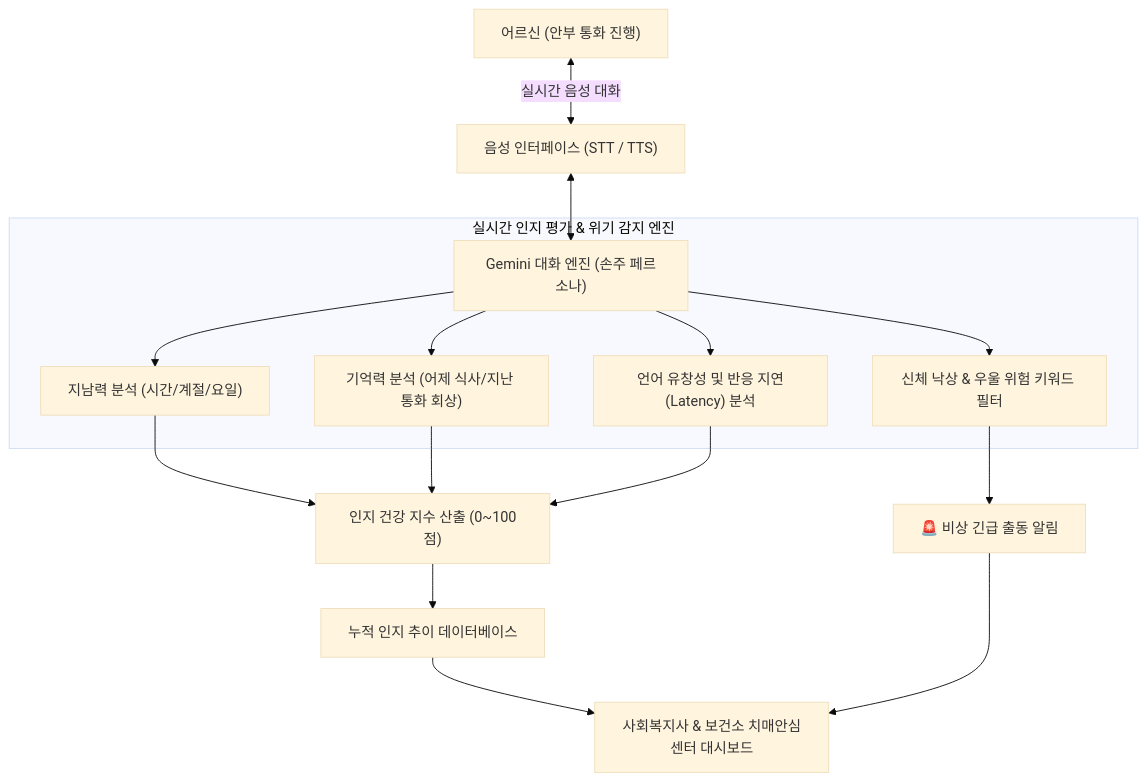
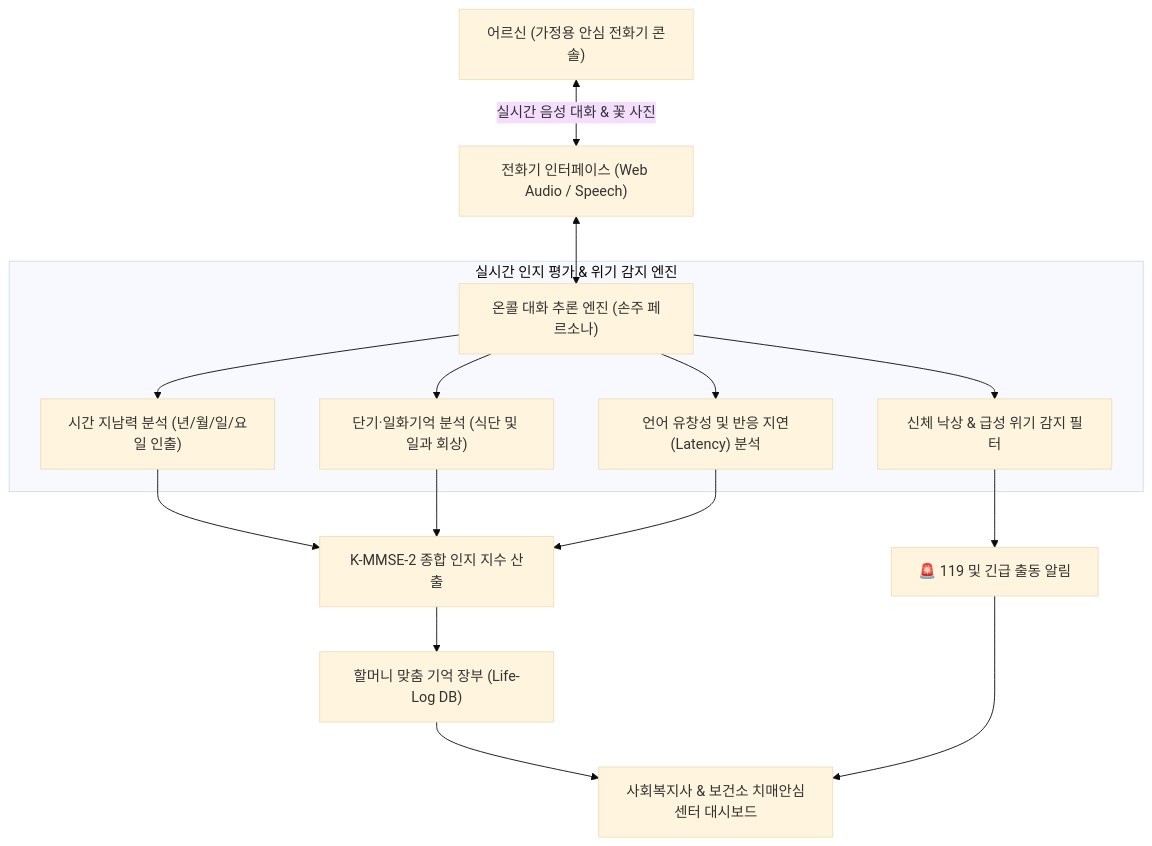
One commit to iscream2124/warm-call-ai changed the diagram in README.md. Above: the diagram before and after it, drawn with Mermaid (base theme). The commit also changed other lines of this file, not shown here.

````diff
--- a/README.md
+++ b/README.md
@@ -27,18 +27,18 @@
 ```mermaid
 flowchart TD
-    Senior["어르신 (안부 통화 진행)"] <-->|실시간 음성 대화| AudioEngine["음성 인터페이스 (STT / TTS)"]
-    AudioEngine <--> LLM["Gemini 대화 엔진 (손주 페르소나)"]
+    Senior["어르신 (가정용 안심 전화기 콘솔)"] <-->|실시간 음성 대화 & 꽃 사진| AudioConsole["전화기 인터페이스 (Web Audio / Speech)"]
+    AudioConsole <--> VoiceEngine["온콜 대화 추론 엔진 (손주 페르소나)"]
     
     subgraph CognitiveAndSafety ["실시간 인지 평가 & 위기 감지 엔진"]
-        LLM --> Orientation["지남력 분석 (시간/계절/요일)"]
-        LLM --> MemoryRecall["기억력 분석 (어제 식사/지난 통화 회상)"]
-        LLM --> Fluency["언어 유창성 및 반응 지연(Latency) 분석"]
-        LLM --> RiskFilter["신체 낙상 & 우울 위험 키워드 필터"]
+        VoiceEngine --> Orientation["시간 지남력 분석 (년/월/일/요일 인출)"]
+        VoiceEngine --> MemoryRecall["단기·일화기억 분석 (식단 및 일과 회상)"]
+        VoiceEngine --> Fluency["언어 유창성 및 반응 지연(Latency) 분석"]
+        VoiceEngine --> RiskFilter["신체 낙상 & 급성 위기 감지 필터"]
     end
     
-    Orientation & MemoryRecall & Fluency --> ScoreEngine["인지 건강 지수 산출 (0~100점)"]
-    ScoreEngine --> TrendDB["누적 인지 추이 데이터베이스"]
-    RiskFilter --> UrgentAlert["🚨 비상 긴급 출동 알림"]
+    Orientation & MemoryRecall & Fluency --> ScoreEngine["K-MMSE-2 종합 인지 지수 산출"]
+    ScoreEngine --> LifeLogDB["할머니 맞춤 기억 장부 (Life-Log DB)"]
+    RiskFilter --> UrgentAlert["🚨 119 및 긴급 출동 알림"]
     
-    TrendDB & UrgentAlert --> Dashboard["사회복지사 & 보건소 치매안심센터 대시보드"]
+    LifeLogDB & UrgentAlert --> Dashboard["사회복지사 & 보건소 치매안심센터 대시보드"]
 ```
````
